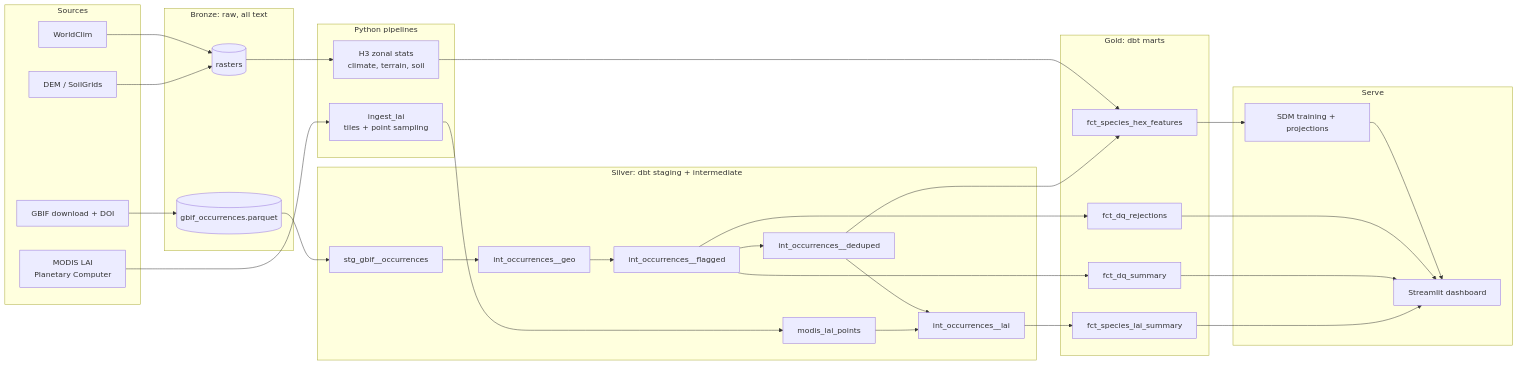
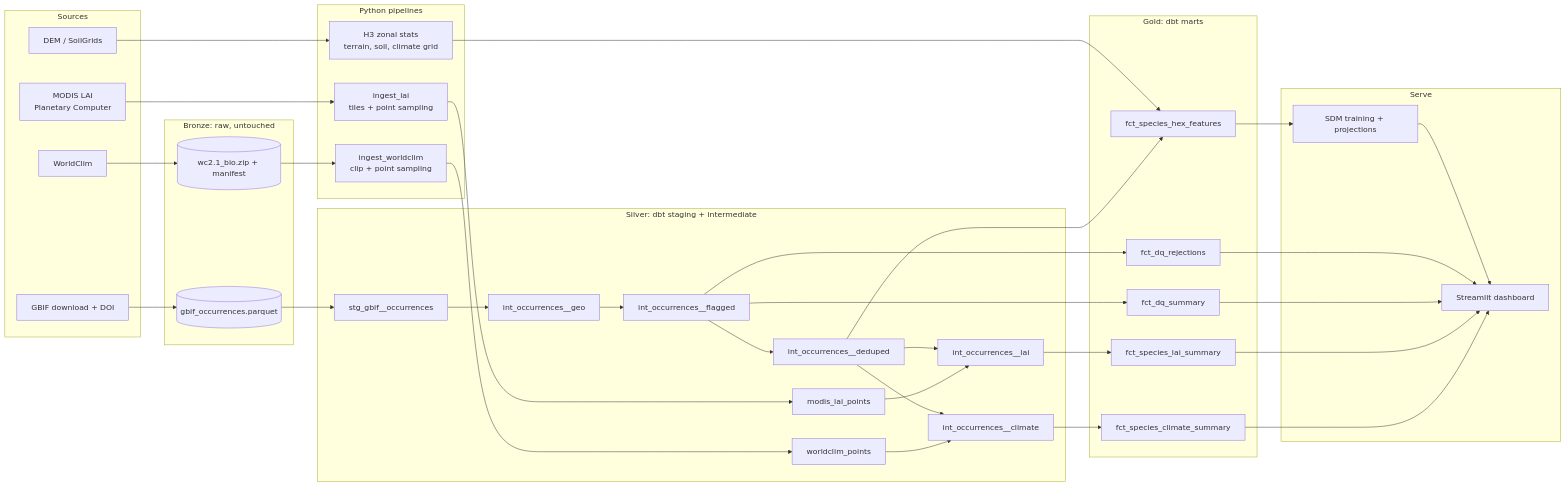
Before and after one commit to Kaboto731/Cascadia-flora: the diagram in README.md, drawn with Mermaid. The commit also changed other lines of this file and 10 other files, not shown here.

````diff
--- a/README.md
+++ b/README.md
@@ -108,49 +109,55 @@
 ```mermaid
 flowchart LR
     subgraph Sources
         A1[GBIF download + DOI]
         A2[MODIS LAI<br/>Planetary Computer]
         A3[WorldClim]
         A4[DEM / SoilGrids]
     end
 
-    subgraph Bronze["Bronze: raw, all text"]
+    subgraph Bronze["Bronze: raw, untouched"]
         B1[(gbif_occurrences.parquet)]
-        B2[(rasters)]
+        B2[(wc2.1_bio.zip + manifest)]
     end
 
     subgraph Python["Python pipelines"]
         P1[ingest_lai<br/>tiles + point sampling]
-        P2[H3 zonal stats<br/>climate, terrain, soil]
+        P2[ingest_worldclim<br/>clip + point sampling]
+        P3[H3 zonal stats<br/>terrain, soil, climate grid]
     end
 
     subgraph Silver["Silver: dbt staging + intermediate"]
         S1[stg_gbif__occurrences]
         S2[int_occurrences__geo]
         S3[int_occurrences__flagged]
         S4[int_occurrences__deduped]
         S5[modis_lai_points]
         S6[int_occurrences__lai]
+        S7[worldclim_points]
+        S8[int_occurrences__climate]
     end
 
     subgraph Gold["Gold: dbt marts"]
         G1[fct_dq_rejections]
         G2[fct_dq_summary]
         G3[fct_species_lai_summary]
         G4[fct_species_hex_features]
+        G5[fct_species_climate_summary]
     end
 
     subgraph Serve
         M1[SDM training + projections]
         D1[Streamlit dashboard]
     end
 
     A1 --> B1 --> S1 --> S2 --> S3 --> S4
     S3 --> G1 & G2
     A2 --> P1 --> S5
     S4 & S5 --> S6 --> G3
-    A3 & A4 --> B2 --> P2 --> G4
+    A3 --> B2 --> P2 --> S7
+    S4 & S7 --> S8 --> G5
+    A4 --> P3 --> G4
     S4 --> G4
     G4 --> M1 --> D1
-    G1 & G2 & G3 --> D1
+    G1 & G2 & G3 & G5 --> D1
 ```
````
